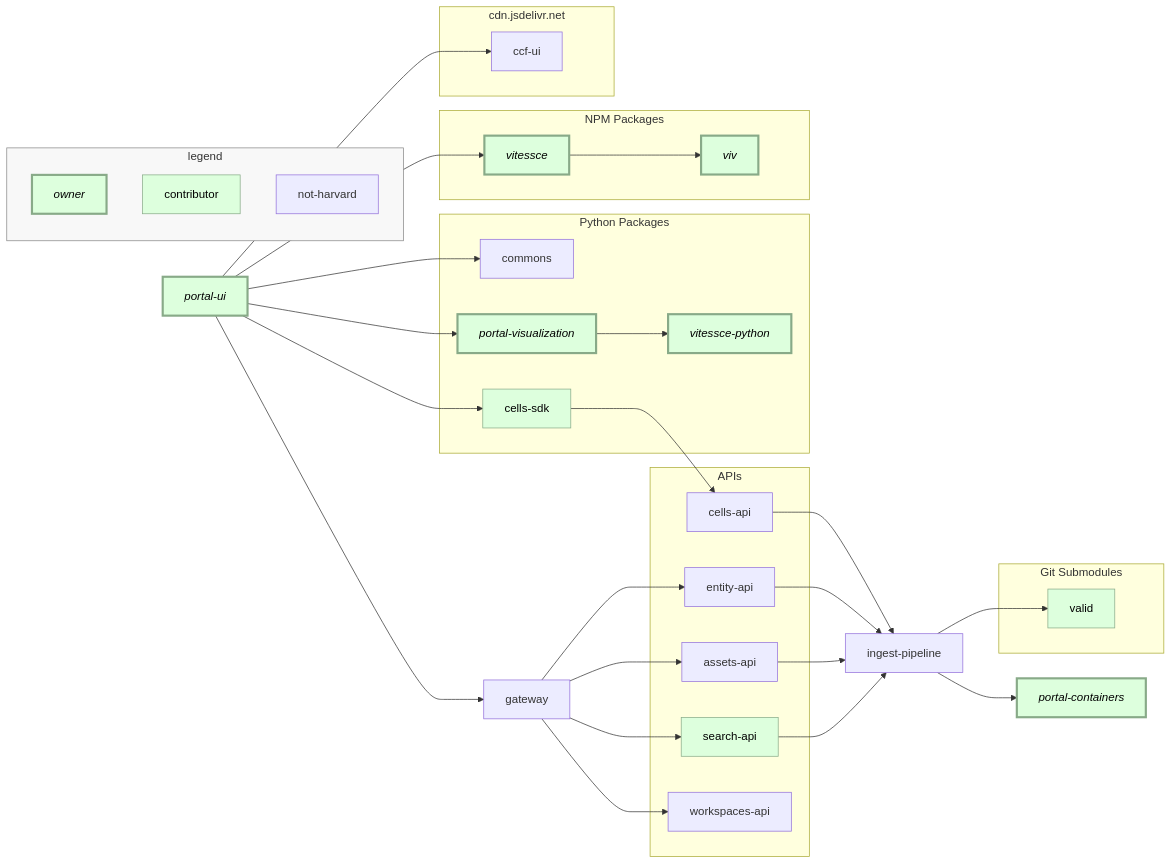
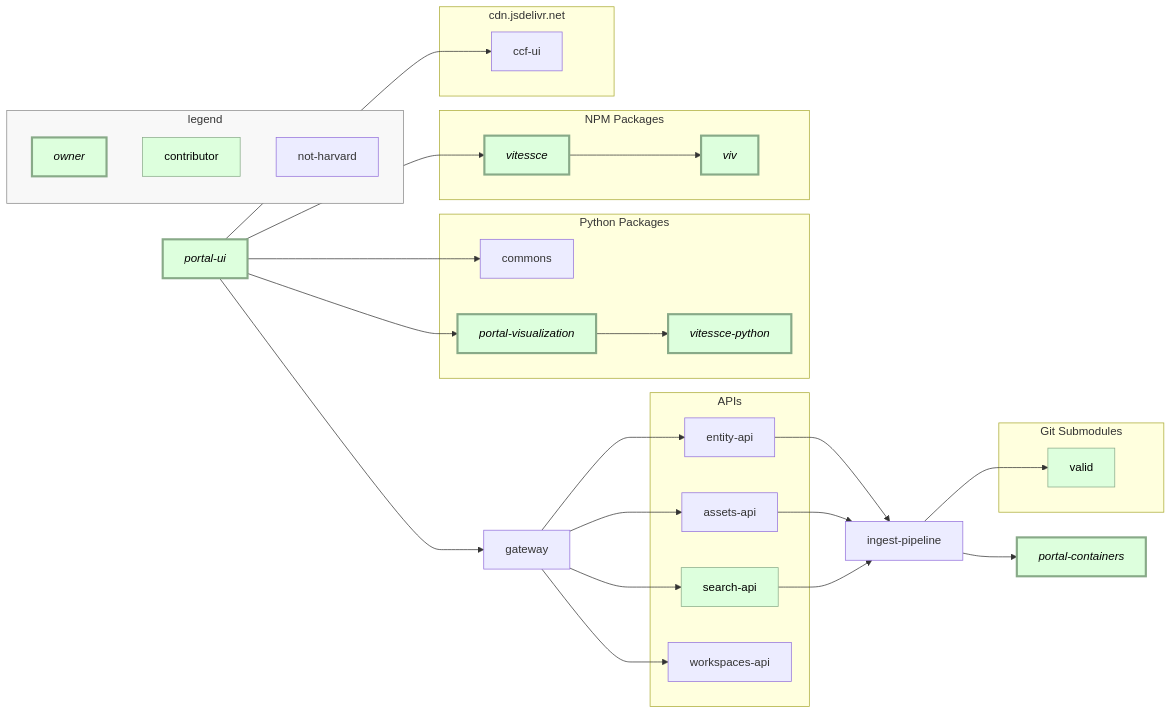
One commit to hubmapconsortium/portal-ui changed the diagram in README.md. Above: the diagram before and after it, drawn with Mermaid. The commit also changed 61 other files, not shown here.

Commit message:
NickAkhmetov/CAT-1656 Remove Cross-Modality Cells API (#4076)

````diff
--- a/README.md
+++ b/README.md
@@ -11,76 +11,71 @@
 ```mermaid
 graph LR
     gateway
     click gateway href "https://github.com/hubmapconsortium/gateway"
 
     top[portal-ui] --> commons
     click top href "https://github.com/hubmapconsortium/portal-ui"
     click commons href "https://github.com/hubmapconsortium/commons"
     top --> ccf-ui
     click ccf-ui href "https://github.com/hubmapconsortium/ccf-ui"
     top --> vitessce --> viv
     click vitessce href "https://github.com/vitessce/vitessce"
     click viv href "https://github.com/hms-dbmi/viv"
     top --> portal-visualization --> vitessce-python
     click portal-visualization href "https://github.com/hubmapconsortium/portal-visualization"
     click vitessce-python href "https://github.com/vitessce/vitessce-python"
-    top --> cells-sdk --> cells-api --> pipe
-    click cells-sdk href "https://github.com/hubmapconsortium/cells-api-py-client"
-    click cells-api href "https://github.com/hubmapconsortium/cross_modality_query"
     top --> gateway
     gateway --> entity-api --> pipe[ingest-pipeline]
     click entity-api href "https://github.com/hubmapconsortium/entity-api"
     click pipe href "https://github.com/hubmapconsortium/ingest-pipeline"
     gateway --> assets-api --> pipe
     %% assets-api is just a file server: There is no repo.
     gateway --> search-api --> pipe
     click search-api href "https://github.com/hubmapconsortium/search-api"
     gateway --> workspaces-api
     click workspaces-api href "https://github.com/hubmapconsortium/user_workspaces_server"
 
     pipe --> valid
     pipe --> portal-containers
     click portal-containers href "https://github.com/hubmapconsortium/portal-containers/"
 
     subgraph APIs
         entity-api
         search-api
-        cells-api
         assets-api
         workspaces-api
     end
 
     subgraph Git Submodules
         valid
     end
 
     subgraph Python Packages
         commons
         portal-visualization
         vitessce-python
-        cells-sdk
     end
 
     subgraph NPM Packages
         vitessce
         viv
     end
 
     subgraph cdn.jsdelivr.net
         ccf-ui
     end
 
     subgraph legend
         owner
         contributor
         not-harvard
     end
 
     classDef contrib fill:#ddffdd,stroke:#88AA88,color:#000;
-    class owner,contributor,top,vitessce,viv,portal-visualization,vitessce-python,cells-sdk,portal-containers,valid,search-api contrib
+    class owner,contributor,top,vitessce,viv,portal-visualization,vitessce-python,portal-containers,valid,search-api contrib
 
     classDef owner stroke-width:3px,font-style:italic,color:#000;
     class owner,top,vitessce,viv,portal-visualization,vitessce-python,portal-containers owner
 
     style legend fill:#f8f8f8,stroke:#888888;
 ```
````
